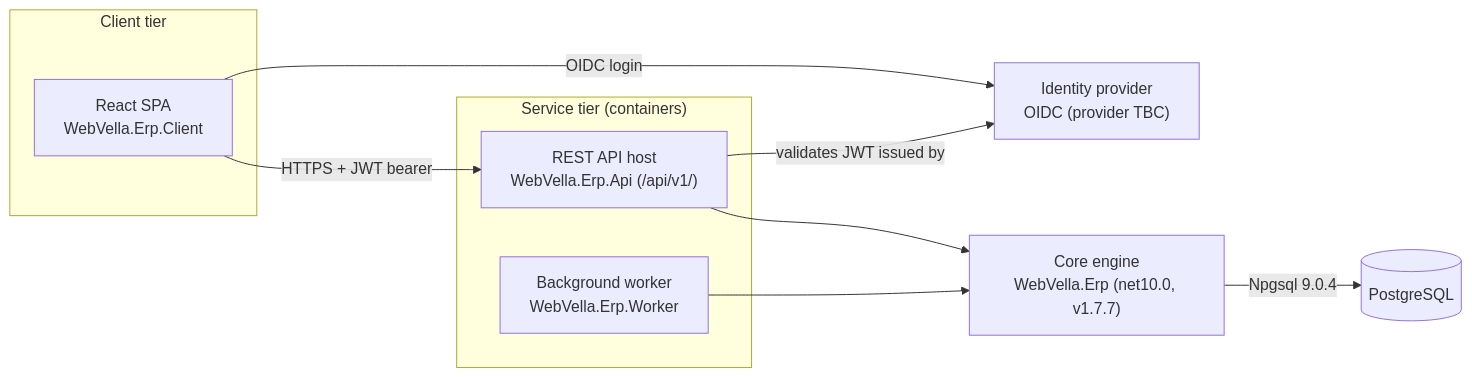
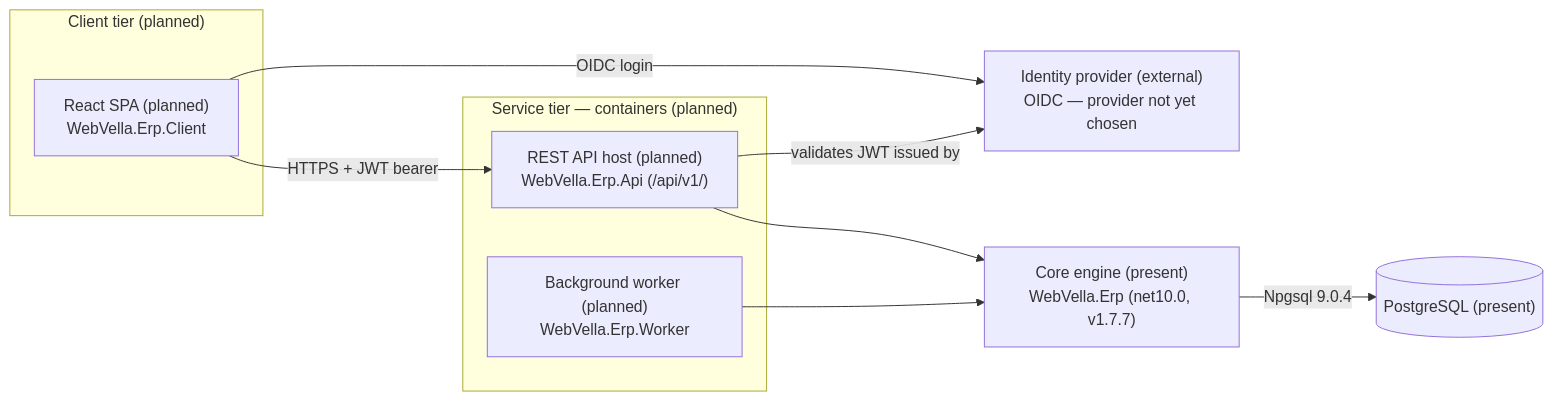
The diagram in docs/architecture/overview.md (Blitzy-Sandbox/blitzy-WebVella-ERP), drawn with Mermaid before and after one commit. The commit also changed other lines of this file and 38 other files, not shown here.

````diff
--- a/docs/architecture/overview.md
+++ b/docs/architecture/overview.md
@@ -32,20 +34,20 @@
 ```mermaid
 graph LR
-    subgraph ClientTier["Client tier"]
-        SPA["React SPA<br/>WebVella.Erp.Client"]
+    subgraph ClientTier["Client tier (planned)"]
+        SPA["React SPA (planned)<br/>WebVella.Erp.Client"]
     end
-    subgraph ServiceTier["Service tier (containers)"]
-        API["REST API host<br/>WebVella.Erp.Api (/api/v1/)"]
-        WORKER["Background worker<br/>WebVella.Erp.Worker"]
+    subgraph ServiceTier["Service tier — containers (planned)"]
+        API["REST API host (planned)<br/>WebVella.Erp.Api (/api/v1/)"]
+        WORKER["Background worker (planned)<br/>WebVella.Erp.Worker"]
     end
-    ENGINE["Core engine<br/>WebVella.Erp (net10.0, v1.7.7)"]
-    IDP["Identity provider<br/>OIDC (provider TBC)"]
-    DB[("PostgreSQL")]
+    ENGINE["Core engine (present)<br/>WebVella.Erp (net10.0, v1.7.7)"]
+    IDP["Identity provider (external)<br/>OIDC — provider not yet chosen"]
+    DB[("PostgreSQL (present)")]
 
     SPA -->|"OIDC login"| IDP
     SPA -->|"HTTPS + JWT bearer"| API
     API -->|"validates JWT issued by"| IDP
     API --> ENGINE
     WORKER --> ENGINE
     ENGINE -->|"Npgsql 9.0.4"| DB
 ```
````
